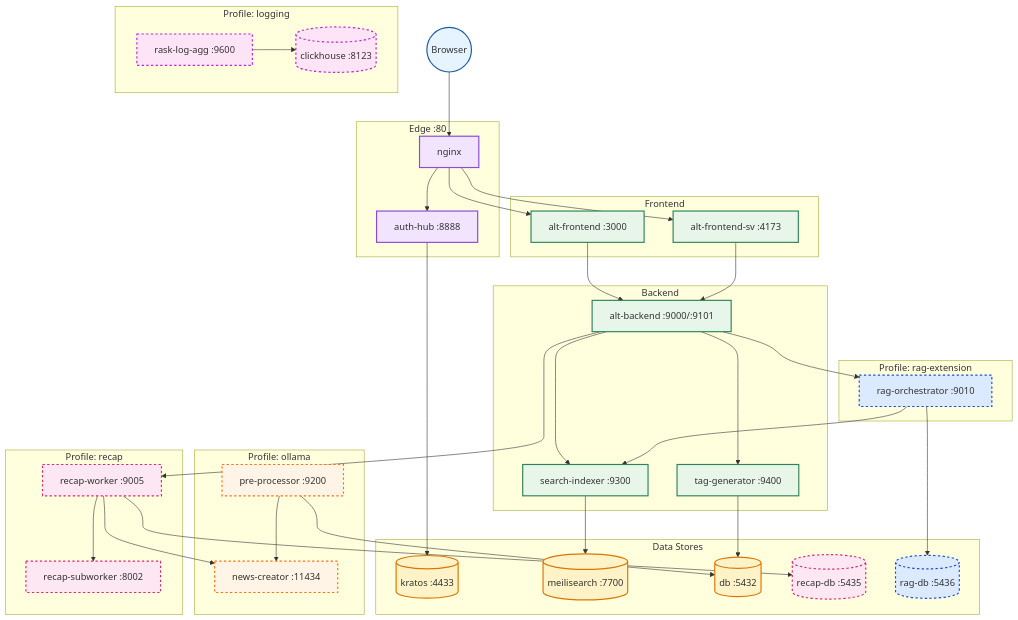
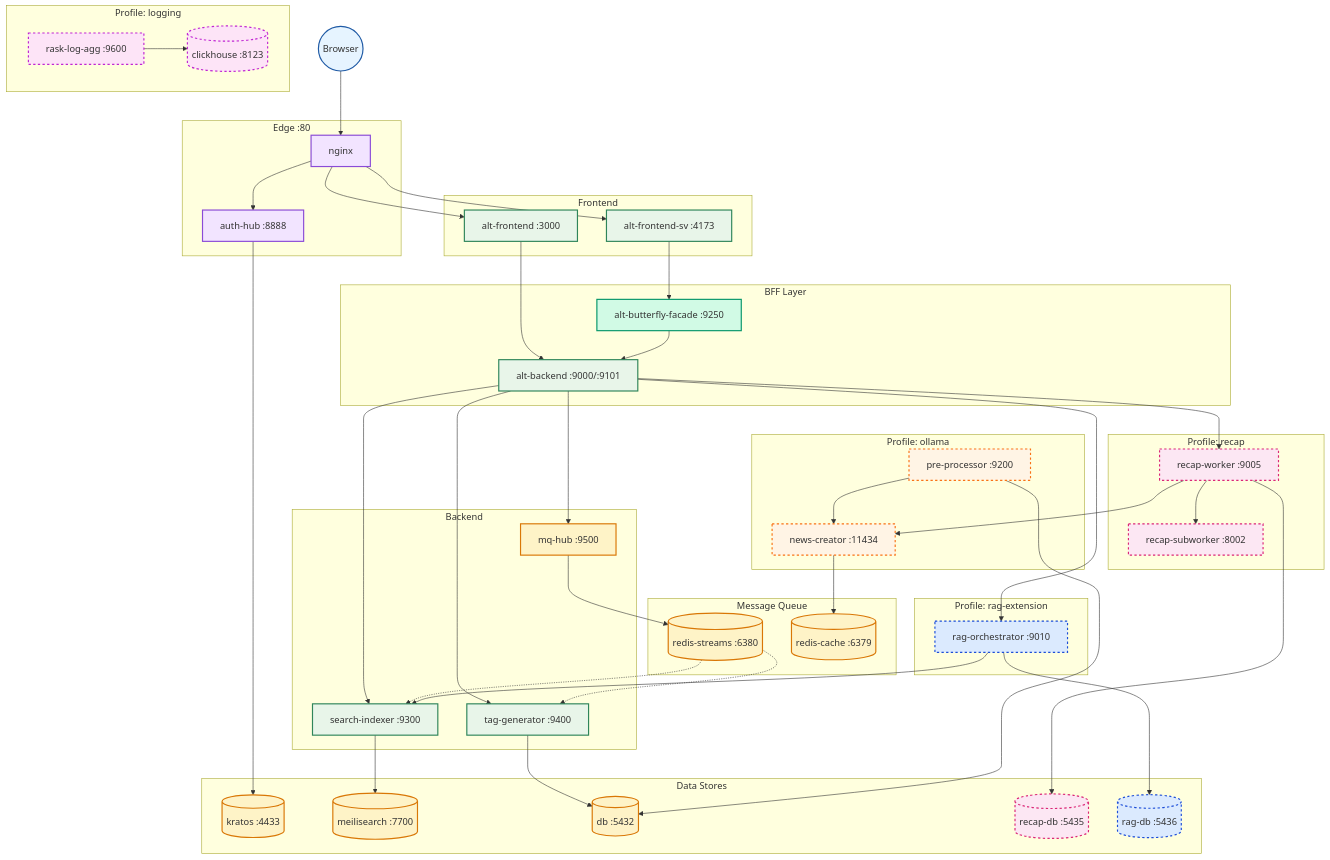
Before and after one commit to Kaikei-e/Alt: the first of 12 diagrams in README.md, drawn with Mermaid. The commit also changed other lines of this file and 1 other file, not shown here.

```diff
--- a/README.md
+++ b/README.md
@@ -91,6 +91,8 @@
     classDef client fill:#e6f4ff,stroke:#1f5aa5,stroke-width:2px
     classDef edge fill:#f2e4ff,stroke:#8a4bd7,stroke-width:2px
     classDef core fill:#e8f5e9,stroke:#2f855a,stroke-width:2px
+    classDef bff fill:#d1fae5,stroke:#059669,stroke-width:2px
+    classDef mq fill:#fef3c7,stroke:#d97706,stroke-width:2px
     classDef ai fill:#fff4e5,stroke:#f97316,stroke-width:2px,stroke-dasharray:4
     classDef data fill:#fef3c7,stroke:#d97706,stroke-width:2px
     classDef recap fill:#fce7f3,stroke:#db2777,stroke-width:2px,stroke-dasharray:4
@@ -115,18 +117,34 @@
     end
 
     UI --> API
-    UISv --> API
+    UISv --> BFF
+
+    subgraph BFFLayer["BFF Layer"]
+        BFF[alt-butterfly-facade :9250]:::bff
+        BFF --> API
+    end
 
     subgraph BE["Backend"]
         API[alt-backend :9000/:9101]:::core
         API --> Idx[search-indexer :9300]:::core
         API --> Tag[tag-generator :9400]:::core
+        API --> MQHub
     end
+
+    subgraph MQ["Message Queue"]
+        MQHub[mq-hub :9500]:::mq
+        MQHub --> RedisStreams[(redis-streams :6380)]:::data
+        RedisCache[(redis-cache :6379)]:::data
+    end
+
+    RedisStreams -.-> Tag
+    RedisStreams -.-> Idx
 
     API --> RW
     API --> RO
     Idx --> Meili
     Tag --> DB
+    NC --> RedisCache
 
     subgraph OL["Profile: ollama"]
         PP[pre-processor :9200]:::ai
```
